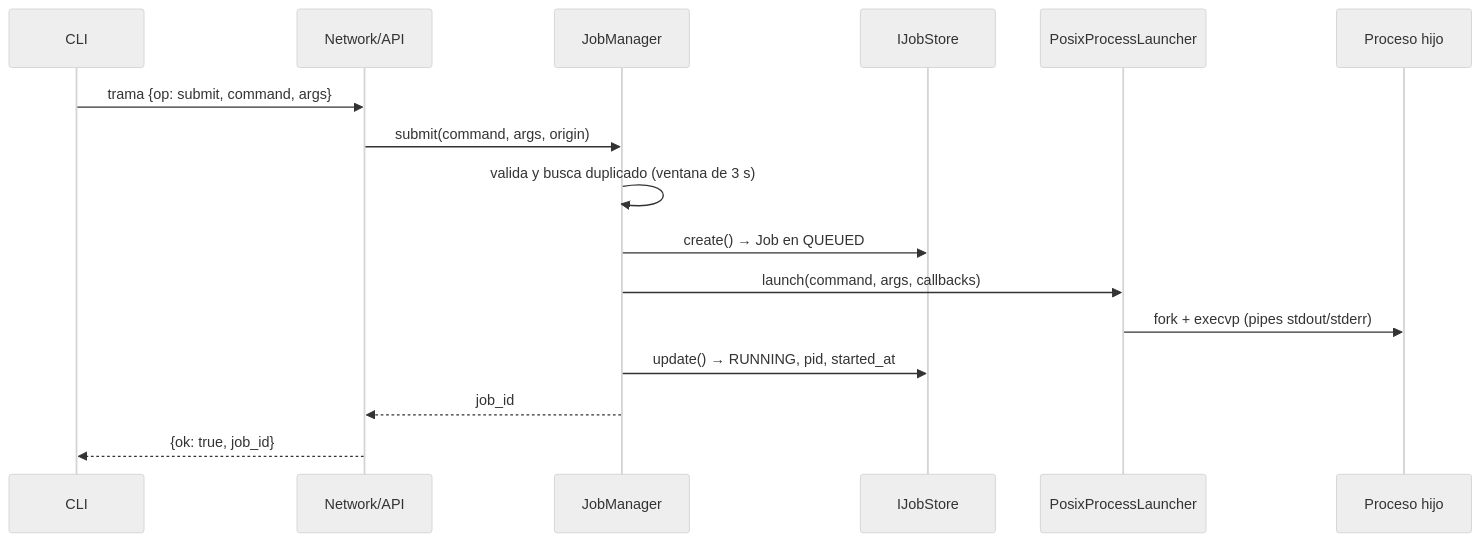
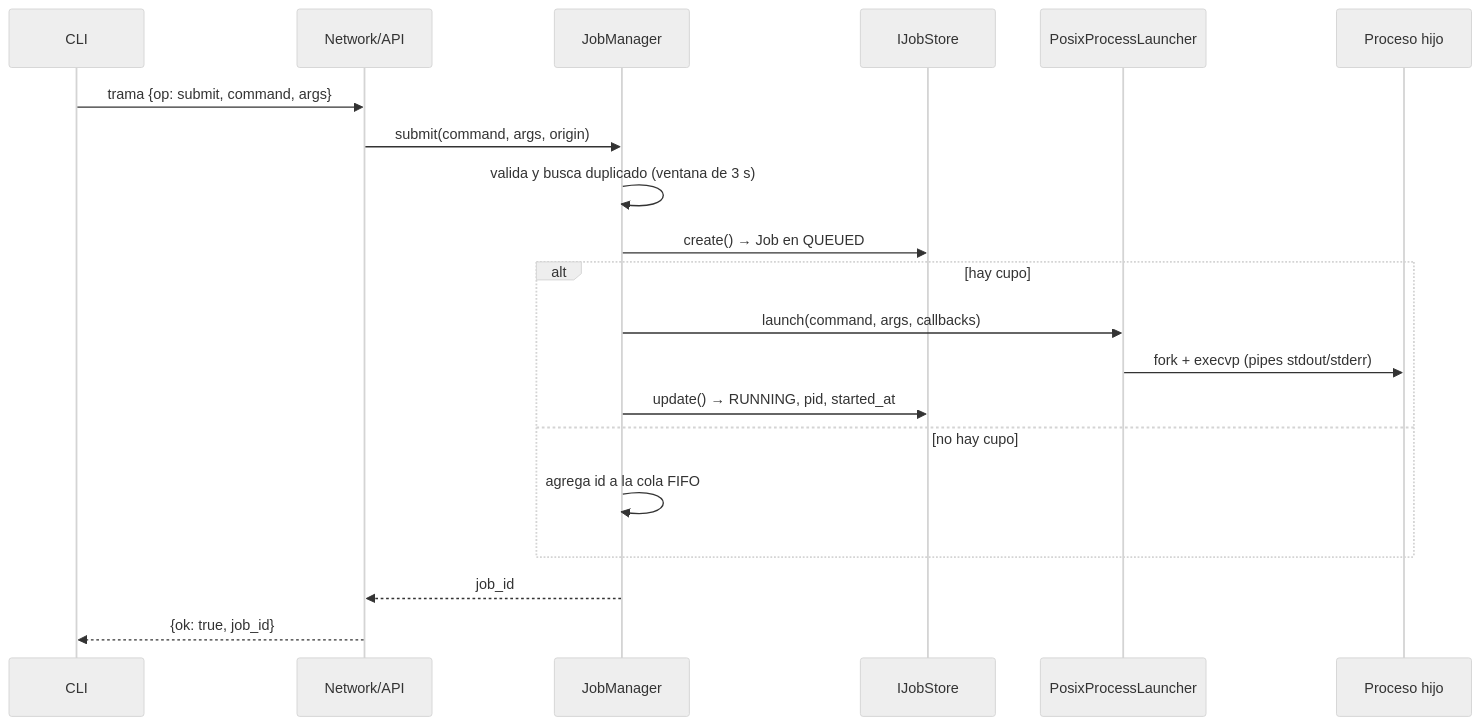
One commit to albertgatez/JobRunner changed the third of 4 diagrams in docs/technical-guide/arquitectura.md. Above: the diagram before and after it, drawn with Mermaid (neutral theme). The commit also changed other lines of this file and 9 other files, not shown here.

````diff
--- a/docs/technical-guide/arquitectura.md
+++ b/docs/technical-guide/arquitectura.md
@@ -89,19 +90,23 @@
 ```mermaid
 sequenceDiagram
     participant C as CLI
     participant N as Network/API
     participant M as JobManager
     participant S as IJobStore
     participant L as PosixProcessLauncher
     participant H as Proceso hijo
 
     C->>N: trama {op: submit, command, args}
     N->>M: submit(command, args, origin)
     M->>M: valida y busca duplicado (ventana de 3 s)
     M->>S: create() → Job en QUEUED
-    M->>L: launch(command, args, callbacks)
-    L->>H: fork + execvp (pipes stdout/stderr)
-    M->>S: update() → RUNNING, pid, started_at
+    alt hay cupo
+        M->>L: launch(command, args, callbacks)
+        L->>H: fork + execvp (pipes stdout/stderr)
+        M->>S: update() → RUNNING, pid, started_at
+    else no hay cupo
+        M->>M: agrega id a la cola FIFO
+    end
     M-->>N: job_id
     N-->>C: {ok: true, job_id}
 ```
````
